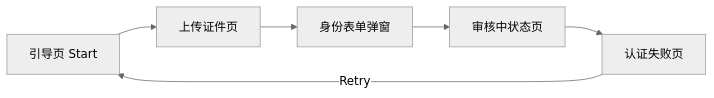
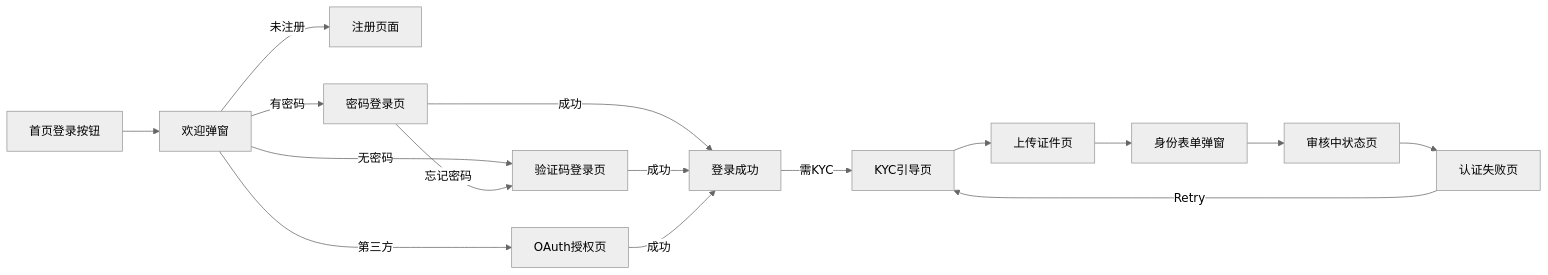
Before and after one commit to jiadan-user/jiacangku: the second of 3 diagrams in bundled/knowledge_base/业务知识图谱/用户业务域/用户业务全景.md, drawn with Mermaid (neutral theme). The commit also changed other lines of this file and 2 other files, not shown here.

First line of the commit message:
docs: archive login module test cases to knowledge base

````diff
--- a/bundled/knowledge_base/业务知识图谱/用户业务域/用户业务全景.md
+++ b/bundled/knowledge_base/业务知识图谱/用户业务域/用户业务全景.md
@@ -77,8 +148,18 @@
 ```mermaid
 graph LR
-    Guide[引导页 Start] --> Upload[上传证件页]
+    LoginBtn[首页登录按钮] --> Welcome[欢迎弹窗]
+    Welcome -->|未注册| Register[注册页面]
+    Welcome -->|有密码| Password[密码登录页]
+    Welcome -->|无密码| Code[验证码登录页]
+    Welcome -->|第三方| OAuth[OAuth授权页]
+    Password -->|忘记密码| Code
+    Password -->|成功| Success[登录成功]
+    Code -->|成功| Success
+    OAuth -->|成功| Success
+    Success -->|需KYC| Guide[KYC引导页]
+    Guide --> Upload[上传证件页]
     Upload --> Form[身份表单弹窗]
     Form --> Verifying[审核中状态页]
     Verifying --> Failed[认证失败页]
     Failed -->|Retry| Guide
 ```
````
